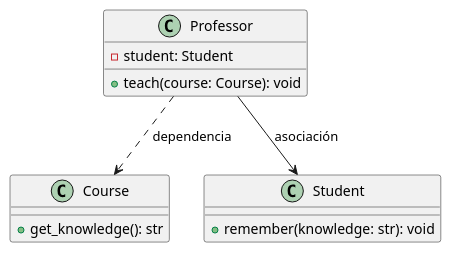
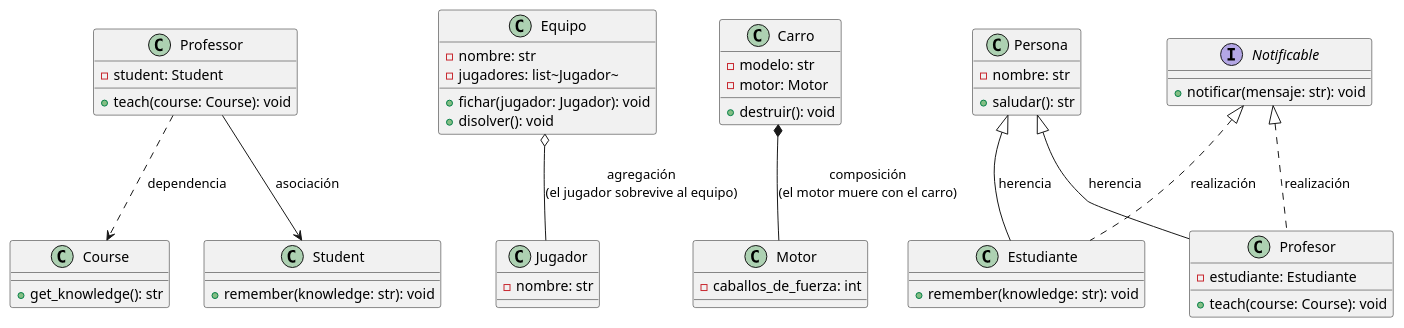
The diagram in class_uml/uml_class_diagram.puml (miguepoloc/especializacion_ds), drawn with PlantUML before and after one commit. The commit also changed 15 other files, not shown here.

```diff
--- a/class_uml/uml_class_diagram.puml
+++ b/class_uml/uml_class_diagram.puml
@@ -1,19 +1,68 @@
 @startuml
 
 class Course {
   +get_knowledge(): str
 }
 
 class Student {
   +remember(knowledge: str): void
 }
 
 class Professor {
   -student: Student
   +teach(course: Course): void
 }
 
 Professor --> Student : asociación
 Professor ..> Course : dependencia
 
+class Jugador {
+  -nombre: str
+}
+
+class Equipo {
+  -nombre: str
+  -jugadores: list~Jugador~
+  +fichar(jugador: Jugador): void
+  +disolver(): void
+}
+
+Equipo o-- Jugador : agregación\n(el jugador sobrevive al equipo)
+
+class Motor {
+  -caballos_de_fuerza: int
+}
+
+class Carro {
+  -modelo: str
+  -motor: Motor
+  +destruir(): void
+}
+
+Carro *-- Motor : composición\n(el motor muere con el carro)
+
+class Persona {
+  -nombre: str
+  +saludar(): str
+}
+
+class Estudiante {
+  +remember(knowledge: str): void
+}
+
+class Profesor {
+  -estudiante: Estudiante
+  +teach(course: Course): void
+}
+
+Persona <|-- Estudiante : herencia
+Persona <|-- Profesor : herencia
+
+interface Notificable {
+  +notificar(mensaje: str): void
+}
+
+Notificable <|.. Estudiante : realización
+Notificable <|.. Profesor : realización
+
 @enduml
```
